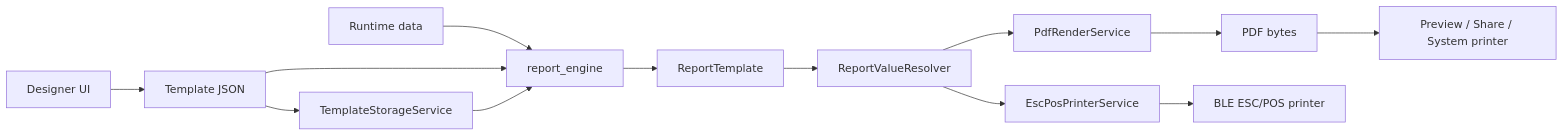
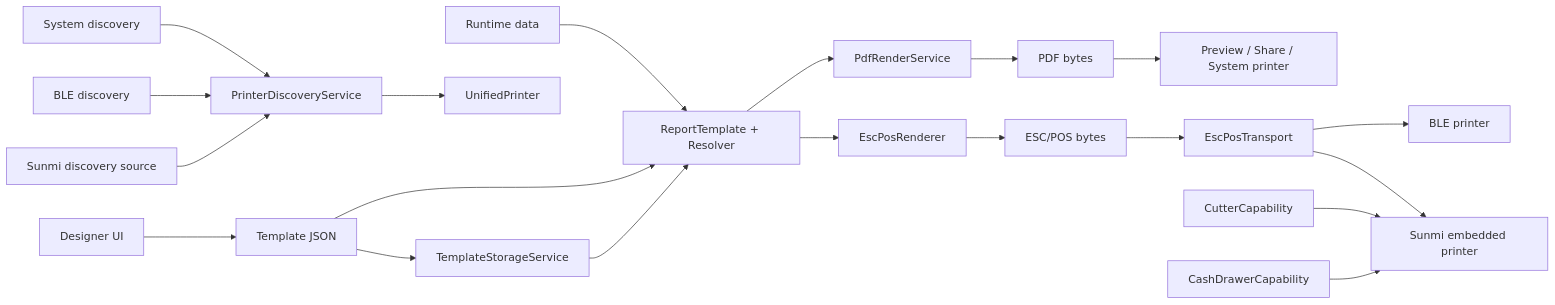
The diagram in docs/CODE_WALKTHROUGH.md (dexter-cnx/flutter_report_suite), drawn with Mermaid before and after one commit. The commit also changed other lines of this file, not shown here.

Commit message:
docs: update printer engine code walkthrough

````diff
--- a/docs/CODE_WALKTHROUGH.md
+++ b/docs/CODE_WALKTHROUGH.md
@@ -59,15 +73,27 @@
 ```mermaid
 flowchart LR
     A[Designer UI] --> B[Template JSON]
-    C[Runtime data] --> D[report_engine]
+    C[Runtime data] --> D[ReportTemplate + Resolver]
     B --> D
-    D --> E[ReportTemplate]
-    E --> F[ReportValueResolver]
-    F --> G[PdfRenderService]
-    F --> H[EscPosPrinterService]
-    G --> I[PDF bytes]
-    I --> J[Preview / Share / System printer]
-    H --> K[BLE ESC/POS printer]
-    B --> L[TemplateStorageService]
-    L --> D
+
+    D --> E[PdfRenderService]
+    E --> F[PDF bytes]
+    F --> G[Preview / Share / System printer]
+
+    D --> H[EscPosRenderer]
+    H --> I[ESC/POS bytes]
+    I --> J[EscPosTransport]
+    J --> K[BLE printer]
+    J --> L[Sunmi embedded printer]
+
+    M[PrinterDiscoveryService] --> N[UnifiedPrinter]
+    O[System discovery] --> M
+    P[BLE discovery] --> M
+    Q[Sunmi discovery source] --> M
+
+    R[CutterCapability] --> L
+    S[CashDrawerCapability] --> L
+
+    B --> T[TemplateStorageService]
+    T --> D
 ```
````
